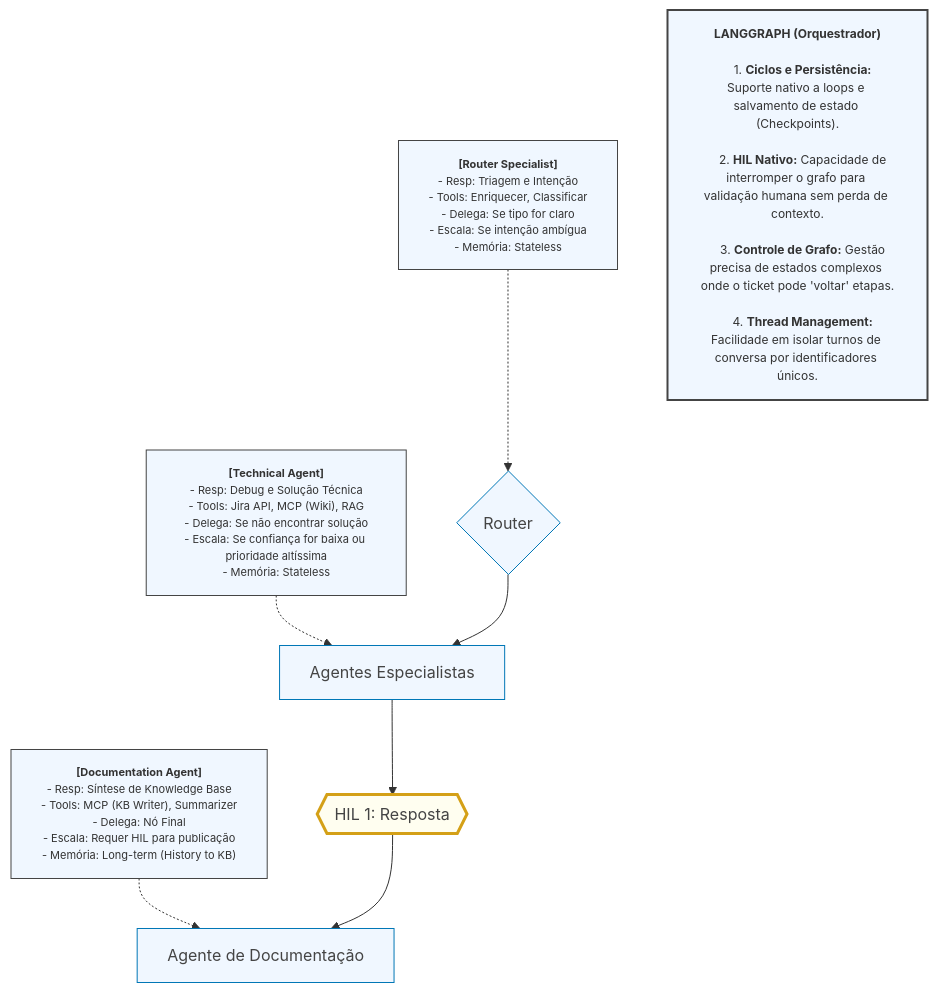
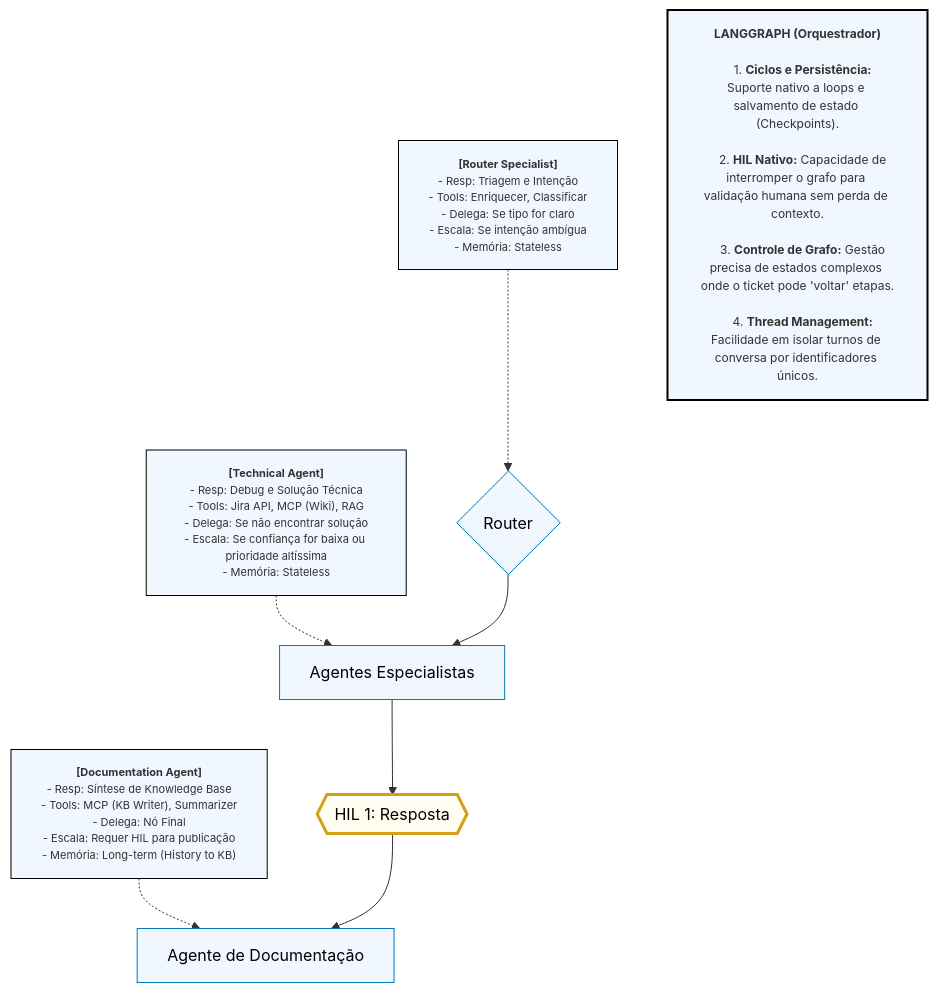
Before and after one commit to abnermsantos/customer_success_ai: the second of 2 diagrams in README.md, drawn with Mermaid.

````diff
--- a/README.md
+++ b/README.md
@@ -60,26 +60,26 @@
 ```mermaid
 flowchart TB
     S_Router["<b>[Router Specialist]</b><br>- Resp: Triagem e Intenção<br>- Tools: Enriquecer, Classificar<br>- Delega: Se tipo for claro<br>- Escala: Se intenção ambígua<br>- Memória: Stateless"] -.-> Router{"Router"}
     S_Tec@{ label: "<b>[Technical Agent]</b><br>- Resp: Debug e Solução Técnica<br>- Tools: Jira API, MCP (Wiki), RAG<br>- Delega: Se não encontrar solução<br style=\"--tw-border-spacing-y:\">- Escala: Se confiança for baixa ou prioridade altíssima<br>- Memória: Stateless" } -.-> A_Tec["Agentes Especialistas"]
     S_Doc["<b>[Documentation Agent]</b><br>- Resp: Síntese de Knowledge Base<br>- Tools: MCP (KB Writer), Summarizer<br>- Delega: Nó Final<br>- Escala: Requer HIL para publicação<br>- Memória: Long-term (History to KB)"] -.-> A_Doc["Agente de Documentação"]
     Router --> A_Tec
     A_Tec --> HIL1{{"HIL 1: Resposta"}}
     HIL1 --> A_Doc
     Justification@{ label: "<b>LANGGRAPH (Orquestrador)</b><br><br>    1. <b>Ciclos e Persistência:</b> Suporte nativo a loops e salvamento de estado (Checkpoints).<br><br>    2. <b>HIL Nativo:</b> Capacidade de interromper o grafo para validação humana sem perda de contexto.<br><br>    3. <b>Controle de Grafo:</b> Gestão precisa de estados complexos onde o ticket pode 'voltar' etapas.<br><br>    4. <b>Thread Management:</b> Facilidade em isolar turnos de conversa por identificadores únicos." }
 
     S_Tec@{ shape: rect}
     Justification@{ shape: rect}
      S_Router:::spec
      Router:::worker
      S_Tec:::spec
      A_Tec:::worker
      S_Doc:::spec
      A_Doc:::worker
      HIL1:::hil
      Justification:::justification
-    classDef worker fill:#f0f7ff,stroke:#0077b6,color:#444
-    classDef hil fill:#fffef0,stroke:#d4a017,color:#444,stroke-width:3px
-    classDef alert fill:#f0f7ff,stroke:#cf1322,color:#444,stroke-dasharray: 5 5
-    classDef spec fill:#f0f7ff,stroke:#444,font-size:11px
-    classDef justification fill:#f0f7ff,stroke:#444,stroke-width:2px,font-size:12px
+    classDef worker fill:#f0f7ff,stroke:#0077b6,color:#000
+    classDef hil fill:#fffef0,stroke:#d4a017,color:#000,stroke-width:3px
+    classDef alert fill:#f0f7ff,stroke:#cf1322,color:#000,stroke-dasharray: 5 5
+    classDef spec fill:#f0f7ff,stroke:#000,font-size:11px
+    classDef justification fill:#f0f7ff,stroke:#000,stroke-width:2px,font-size:12px
 ```
````
